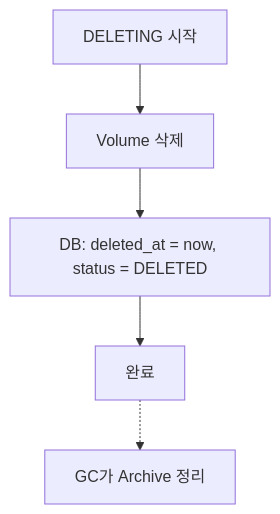
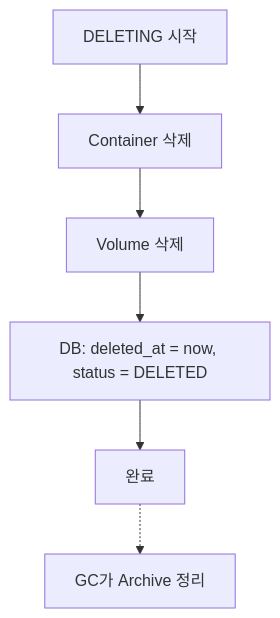
One commit to cagojeiger/code-hub changed the fourth of 4 diagrams in docs/spec_v2/storage-operations.md. Above: the diagram before and after it, drawn with Mermaid. The commit also changed other lines of this file and 1 other file, not shown here.

````diff
--- a/docs/spec_v2/storage-operations.md
+++ b/docs/spec_v2/storage-operations.md
@@ -181,7 +189,8 @@
 ```mermaid
 flowchart TD
-    A[DELETING 시작] --> B[Volume 삭제]
-    B --> C[DB: deleted_at = now, status = DELETED]
-    C --> D[완료]
-    D -.-> E[GC가 Archive 정리]
+    A[DELETING 시작] --> B[Container 삭제]
+    B --> C[Volume 삭제]
+    C --> D[DB: deleted_at = now, status = DELETED]
+    D --> E[완료]
+    E -.-> F[GC가 Archive 정리]
 ```
````
